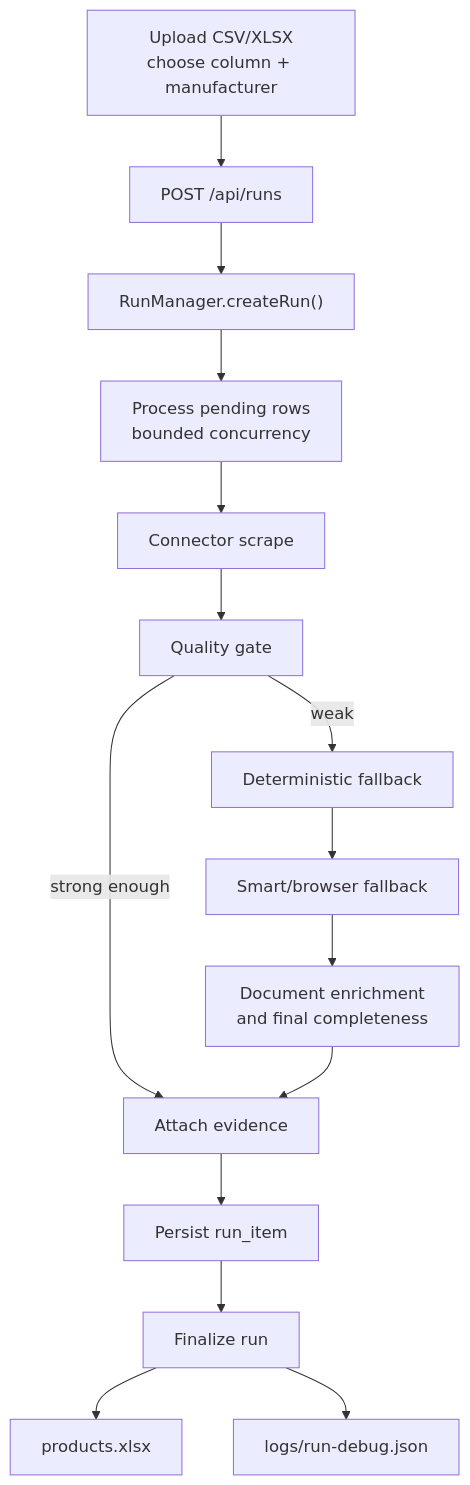
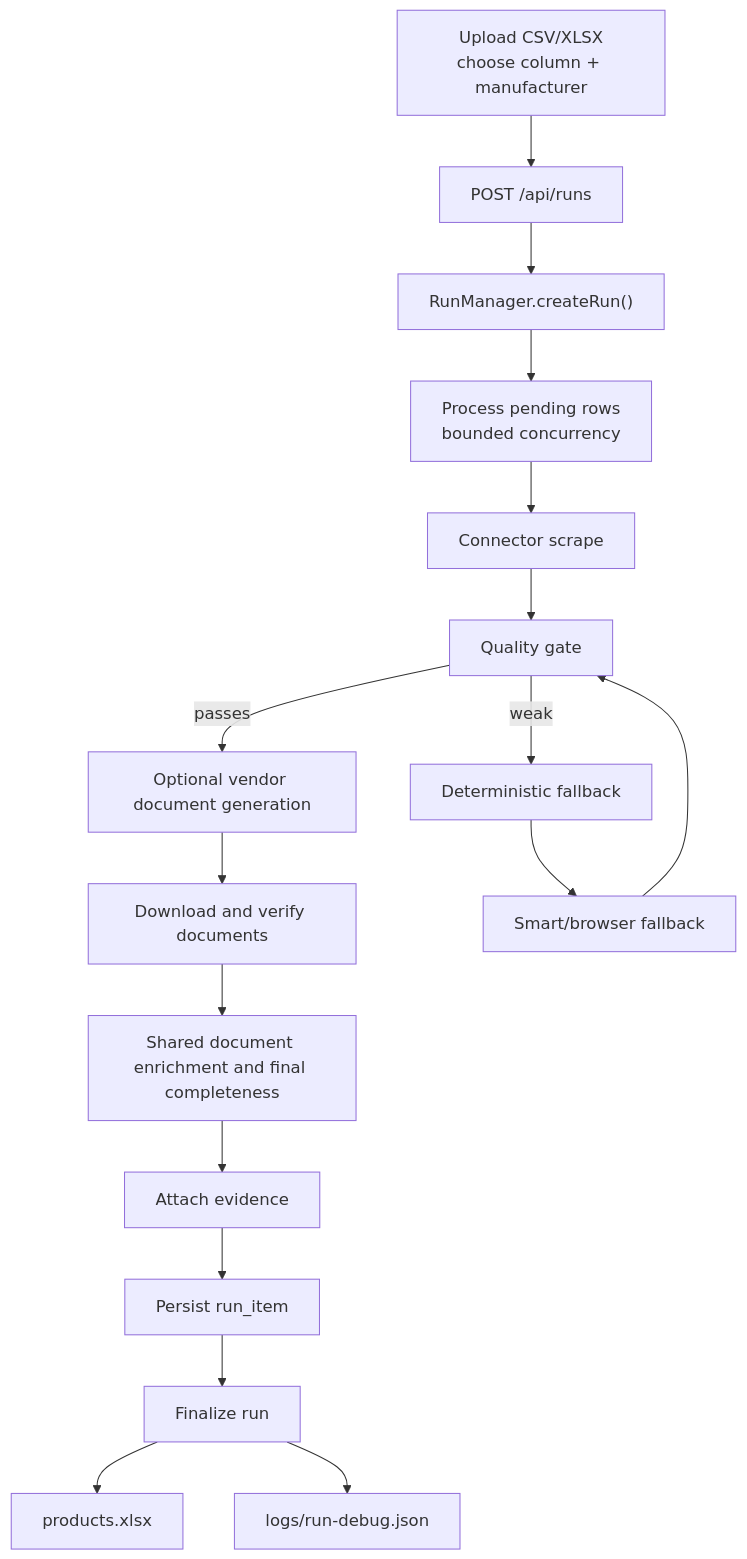
One commit to Dorijangecan/product_scraper changed the second of 4 diagrams in docs/ARCHITECTURE.md. Above: the diagram before and after it, drawn with Mermaid. The commit also changed other lines of this file and 107 other files, not shown here.

````diff
--- a/docs/ARCHITECTURE.md
+++ b/docs/ARCHITECTURE.md
@@ -60,17 +62,19 @@
 ```mermaid
 flowchart TD
   A["Upload CSV/XLSX\nchoose column + manufacturer"] --> B["POST /api/runs"]
   B --> C["RunManager.createRun()"]
   C --> D["Process pending rows\nbounded concurrency"]
   D --> E["Connector scrape"]
   E --> F["Quality gate"]
-  F -->|strong enough| J["Attach evidence"]
-  F -->|weak| G["Deterministic fallback"]
-  G --> H["Smart/browser fallback"]
-  H --> I["Document enrichment\nand final completeness"]
-  I --> J
-  J --> K["Persist run_item"]
-  K --> L["Finalize run"]
-  L --> M["products.xlsx"]
-  L --> N["logs/run-debug.json"]
+  F -->|passes| G["Optional vendor document generation"]
+  G --> H["Download and verify documents"]
+  H --> I["Shared document enrichment and final completeness"]
+  I --> J["Attach evidence"]
+  F -->|weak| K["Deterministic fallback"]
+  K --> L["Smart/browser fallback"]
+  L --> F
+  J --> M["Persist run_item"]
+  M --> N["Finalize run"]
+  N --> O["products.xlsx"]
+  N --> P["logs/run-debug.json"]
 ```
````
